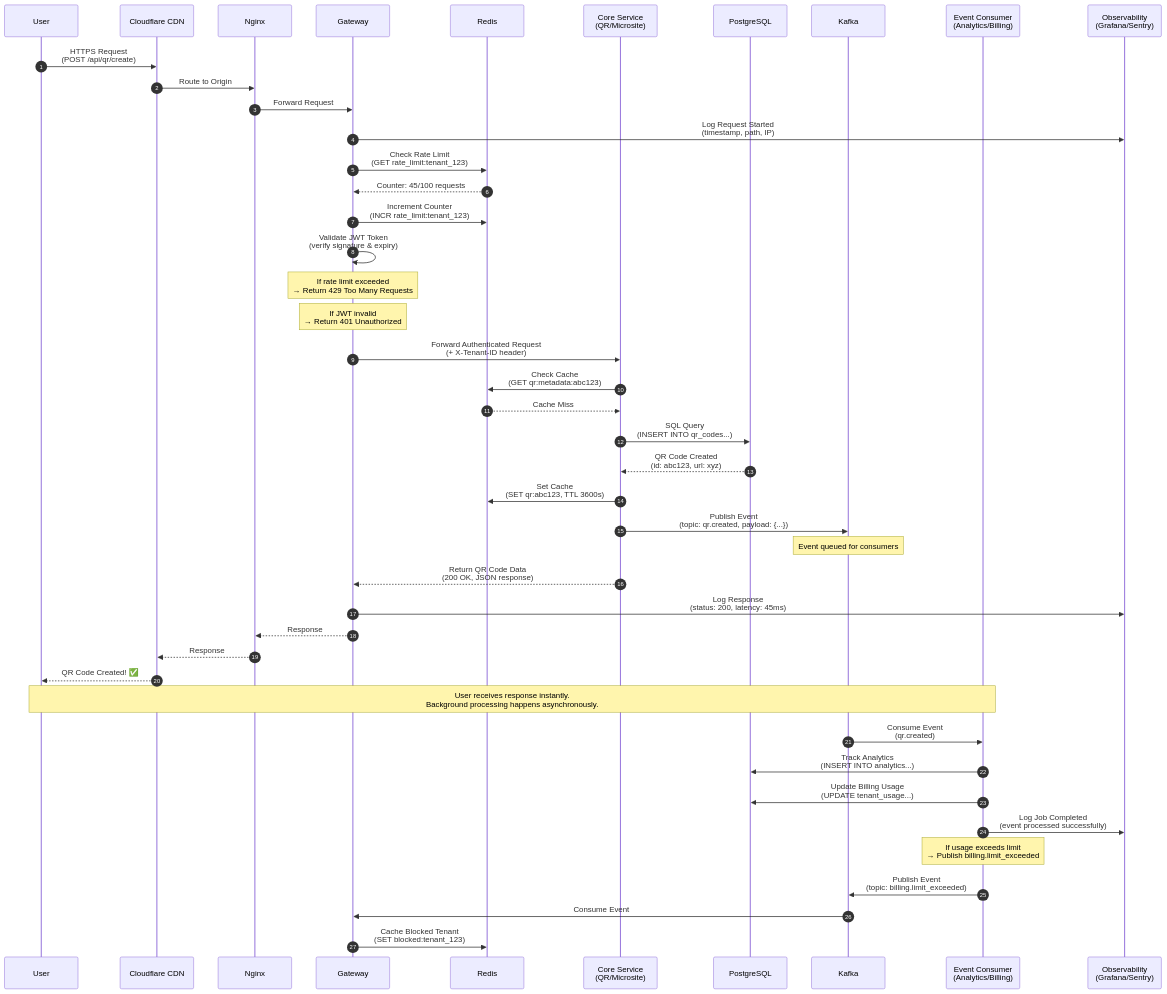
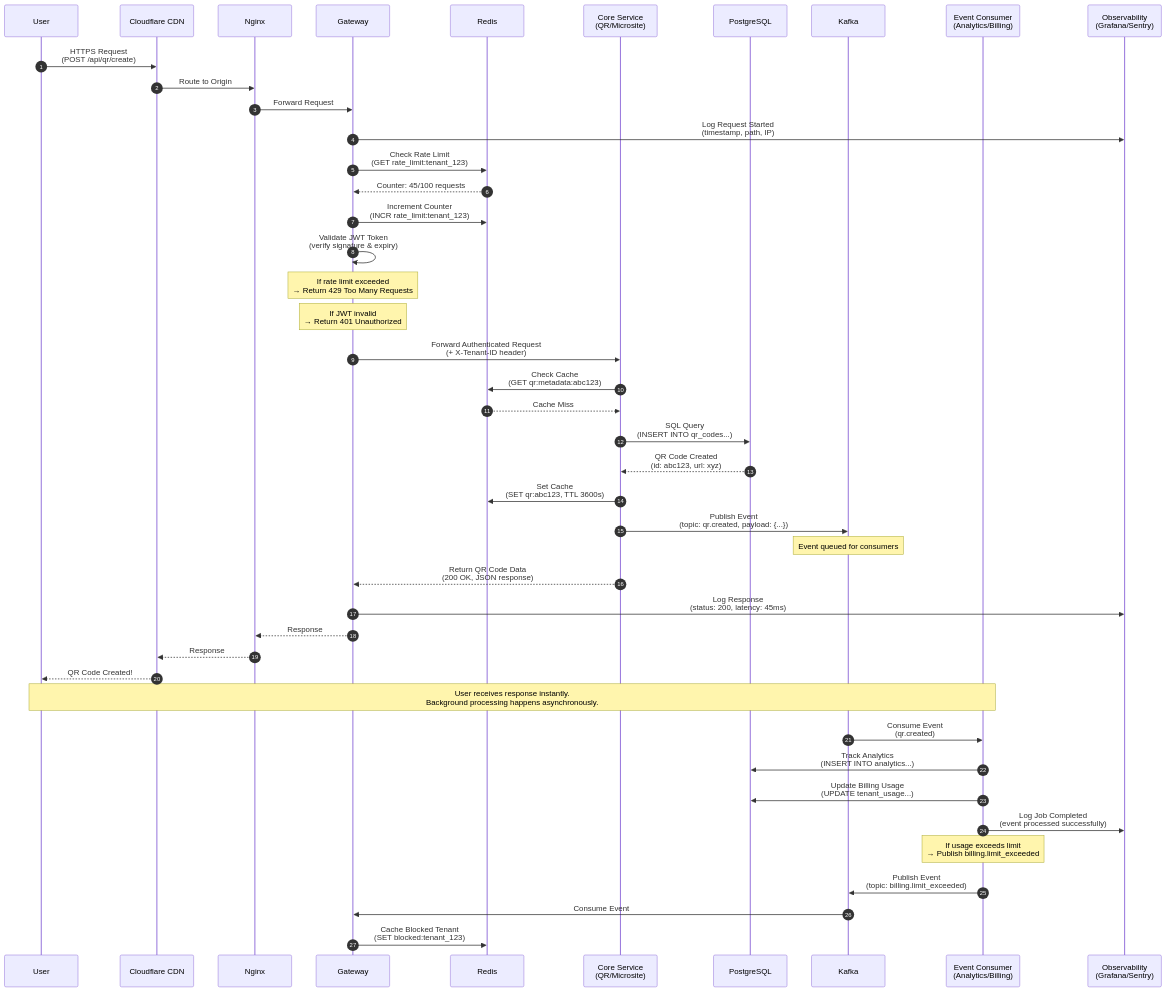
One commit to Scanly-io/qr-backend changed the third of 3 diagrams in README.md. Above: the diagram before and after it, drawn with Mermaid. The commit also changed other lines of this file, not shown here.

````diff
--- a/README.md
+++ b/README.md
@@ -636,69 +677,69 @@
 ```mermaid
 sequenceDiagram
     autonumber
     participant User
     participant CDN as Cloudflare CDN
     participant Nginx
     participant Gateway
     participant Redis
     participant Core as Core Service<br/>(QR/Microsite)
     participant Postgres as PostgreSQL
     participant Kafka
     participant Events as Event Consumer<br/>(Analytics/Billing)
     participant Obs as Observability<br/>(Grafana/Sentry)
 
     %% Request Flow
     User->>CDN: HTTPS Request<br/>(POST /api/qr/create)
     CDN->>Nginx: Route to Origin
     Nginx->>Gateway: Forward Request
     
     %% Gateway Processing
     Gateway->>Obs: Log Request Started<br/>(timestamp, path, IP)
     Gateway->>Redis: Check Rate Limit<br/>(GET rate_limit:tenant_123)
     Redis-->>Gateway: Counter: 45/100 requests
     Gateway->>Redis: Increment Counter<br/>(INCR rate_limit:tenant_123)
     
     Gateway->>Gateway: Validate JWT Token<br/>(verify signature & expiry)
     
     Note over Gateway: If rate limit exceeded<br/>→ Return 429 Too Many Requests
     Note over Gateway: If JWT invalid<br/>→ Return 401 Unauthorized
     
     %% Core Service Processing
     Gateway->>Core: Forward Authenticated Request<br/>(+ X-Tenant-ID header)
     
     %% Check Cache First
     Core->>Redis: Check Cache<br/>(GET qr:metadata:abc123)
     Redis-->>Core: Cache Miss
     
     %% Database Query
     Core->>Postgres: SQL Query<br/>(INSERT INTO qr_codes...)
     Postgres-->>Core: QR Code Created<br/>(id: abc123, url: xyz)
     
     %% Update Cache
     Core->>Redis: Set Cache<br/>(SET qr:abc123, TTL 3600s)
     
     %% Publish Event (Async)
     Core->>Kafka: Publish Event<br/>(topic: qr.created, payload: {...})
     Note over Kafka: Event queued for consumers
     
     %% Response to User
     Core-->>Gateway: Return QR Code Data<br/>(200 OK, JSON response)
     Gateway->>Obs: Log Response<br/>(status: 200, latency: 45ms)
     Gateway-->>Nginx: Response
     Nginx-->>CDN: Response
-    CDN-->>User: QR Code Created! ✅
+    CDN-->>User: QR Code Created! 
     
     %% Async Event Processing (Happens in Background)
     Note over User,Events: User receives response instantly.<br/>Background processing happens asynchronously.
     
     Kafka->>Events: Consume Event<br/>(qr.created)
     Events->>Postgres: Track Analytics<br/>(INSERT INTO analytics...)
     Events->>Postgres: Update Billing Usage<br/>(UPDATE tenant_usage...)
     Events->>Obs: Log Job Completed<br/>(event processed successfully)
     
     %% Optional: Billing Limit Check
     Note over Events: If usage exceeds limit<br/>→ Publish billing.limit_exceeded
     Events->>Kafka: Publish Event<br/>(topic: billing.limit_exceeded)
     Kafka->>Gateway: Consume Event
     Gateway->>Redis: Cache Blocked Tenant<br/>(SET blocked:tenant_123)
 ```
````
